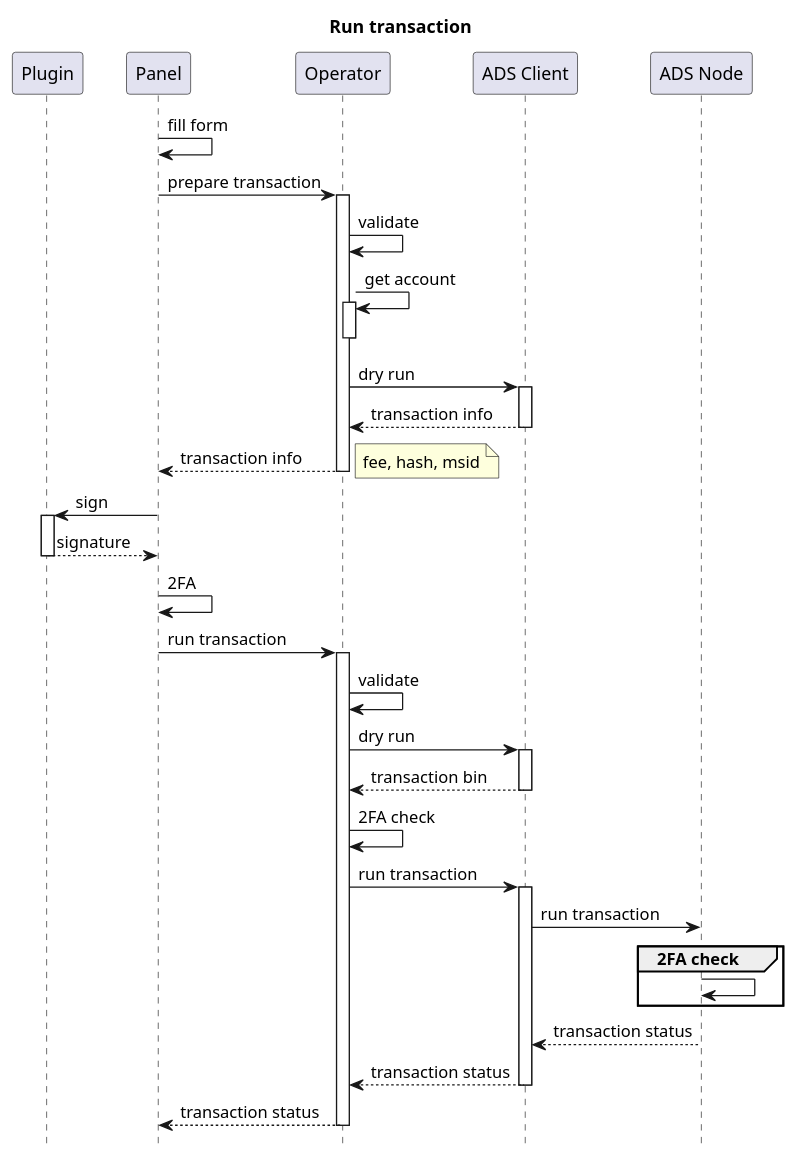
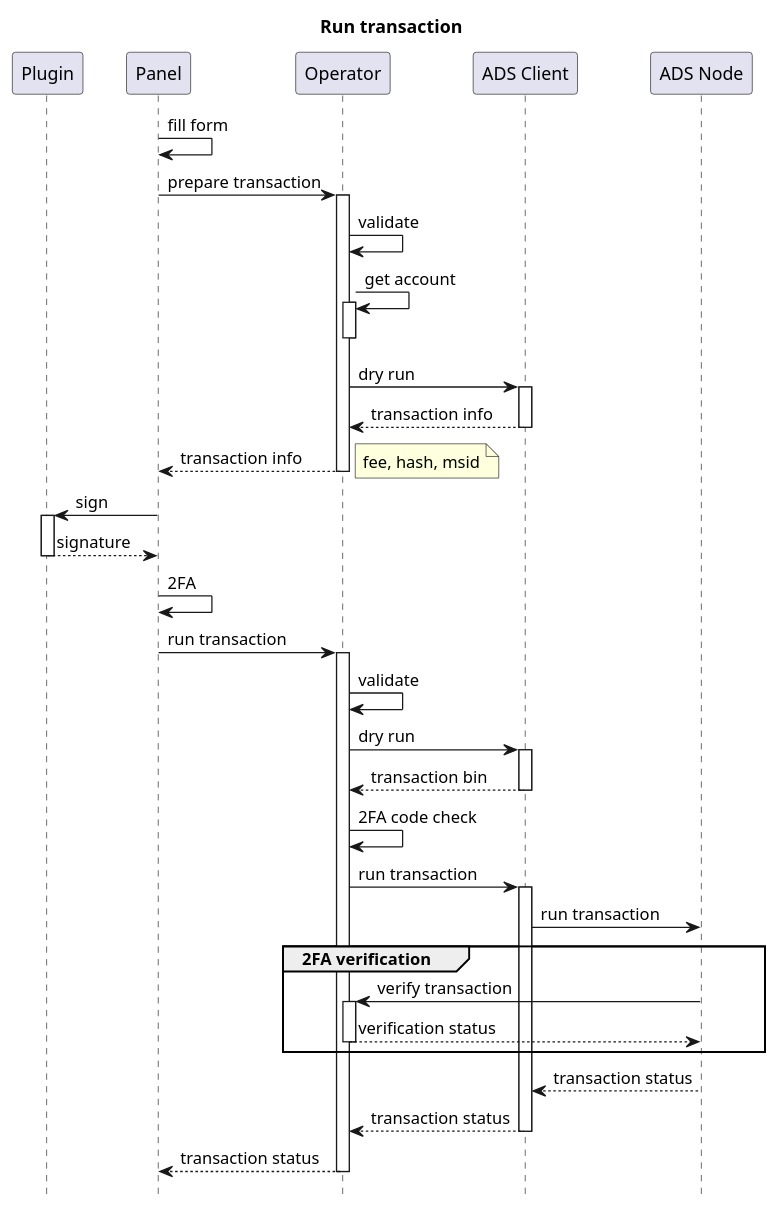
The diagram in docs/run_transaction.puml (adshares/ads-operator), drawn with PlantUML before and after one commit. The commit also changed 1 other file, not shown here.

Commit message:
Transaction sequence

```diff
--- a/docs/run_transaction.puml
+++ b/docs/run_transaction.puml
@@ -1,54 +1,57 @@
 @startuml
 hide footbox
 title Run transaction
 
 participant Plugin
 participant Panel
 participant Operator
 participant "ADS Client" as ADS
 participant "ADS Node" as Node
 
 Panel -> Panel: fill form
 
 Panel -> Operator: prepare transaction
 activate Operator
 Operator -> Operator: validate
 Operator -> Operator: get account
 activate Operator
 deactivate Operator
 Operator -> ADS: dry run
 activate ADS
 ADS --> Operator: transaction info
 deactivate ADS
 Operator --> Panel: transaction info
 note right: fee, hash, msid
 deactivate Operator
 
 Panel -> Plugin: sign
 activate Plugin
 Plugin --> Panel: signature
 deactivate Plugin
 
 Panel -> Panel: 2FA
 
 Panel -> Operator: run transaction
 activate Operator
 Operator -> Operator: validate
 Operator -> ADS: dry run
 activate ADS
 ADS --> Operator: transaction bin
 deactivate ADS
-Operator -> Operator: 2FA check
+Operator -> Operator: 2FA code check
 Operator -> ADS: run transaction
 activate ADS
 ADS -> Node: run transaction
-group 2FA check
-Node -> Node
+group 2FA verification
+Node -> Operator: verify transaction
+activate Operator
+Operator --> Node: verification status
+deactivate Operator
 end
 Node --> ADS: transaction status
 ADS --> Operator: transaction status
 deactivate ADS
 Operator --> Panel: transaction status
 deactivate Operator
 
 @enduml
```
